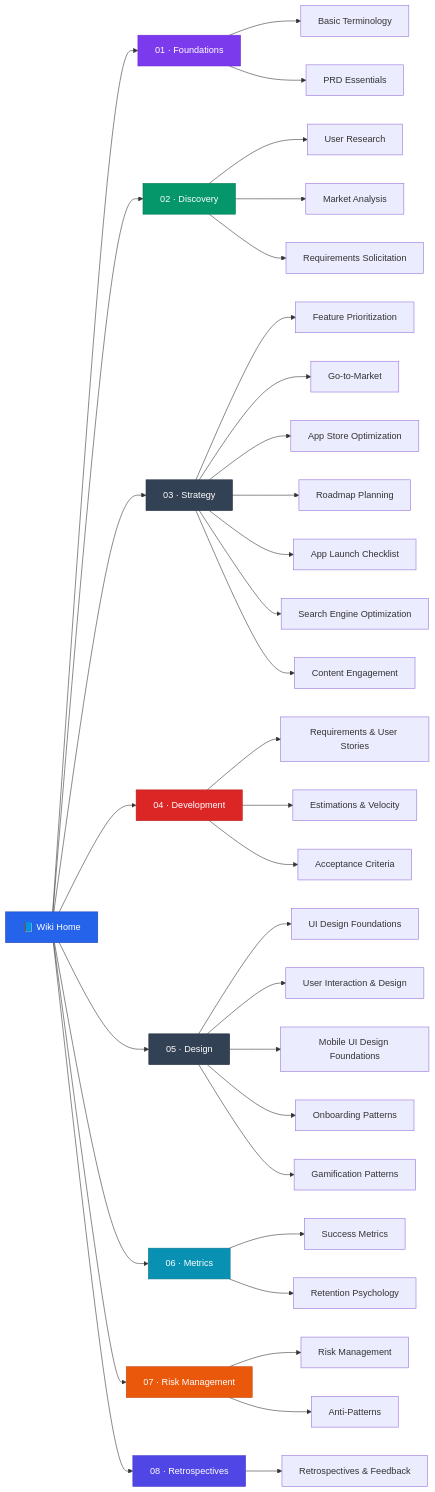
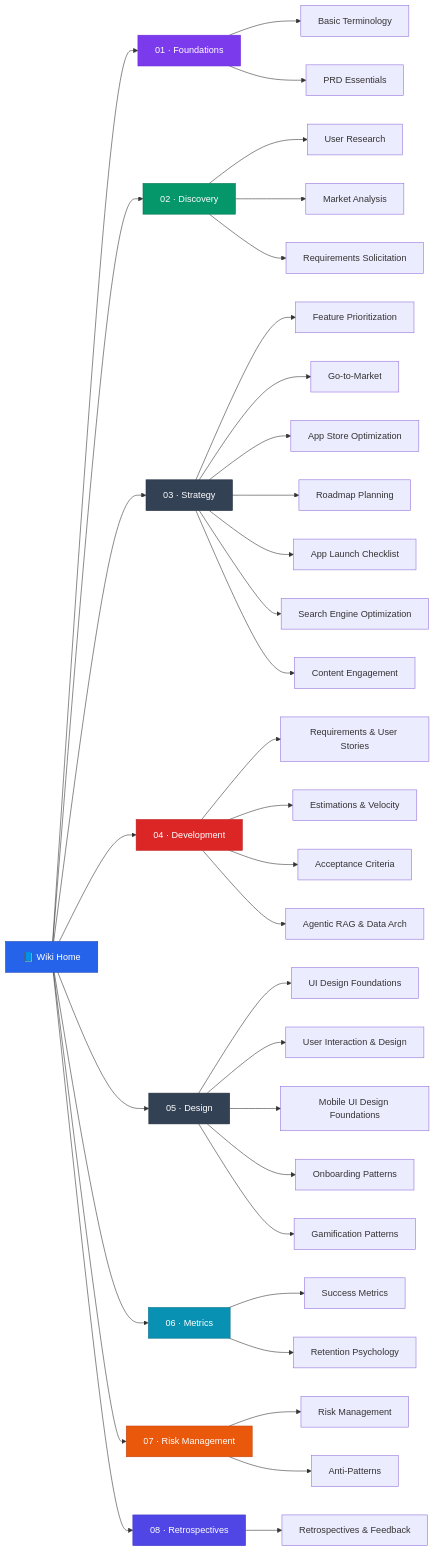
Before and after one commit to DimKouts84/product_management_development_wiki: the diagram in README.md, drawn with Mermaid. The commit also changed other lines of this file and 7 other files, not shown here.

````diff
--- a/README.md
+++ b/README.md
@@ -23,54 +23,55 @@
 ```mermaid
 graph LR
     HOME["📘 Wiki Home"] --> F["01 · Foundations"]
     HOME --> D["02 · Discovery"]
     HOME --> S["03 · Strategy"]
     HOME --> DEV["04 · Development"]
     HOME --> DES["05 · Design"]
     HOME --> M["06 · Metrics"]
     HOME --> R["07 · Risk Management"]
     HOME --> RET["08 · Retrospectives"]
 
     F --> F1["Basic Terminology"]
     F --> F2["PRD Essentials"]
 
     D --> D1["User Research"]
     D --> D2["Market Analysis"]
     D --> D3["Requirements Solicitation"]
 
     S --> S1["Feature Prioritization"]
     S --> S2["Go-to-Market"]
     S --> S3["App Store Optimization"]
     S --> S4["Roadmap Planning"]
     S --> S5["App Launch Checklist"]
     S --> S6["Search Engine Optimization"]
     S --> S7["Content Engagement"]
 
     DEV --> DEV1["Requirements & User Stories"]
     DEV --> DEV2["Estimations & Velocity"]
     DEV --> DEV3["Acceptance Criteria"]
+    DEV --> DEV4["Agentic RAG & Data Arch"]
 
     DES --> DES1["UI Design Foundations"]
     DES --> DES2["User Interaction & Design"]
     DES --> DES3["Mobile UI Design Foundations"]
     DES --> DES4["Onboarding Patterns"]
     DES --> DES5["Gamification Patterns"]
 
     M --> M1["Success Metrics"]
     M --> M2["Retention Psychology"]
 
     R --> R1["Risk Management"]
     R --> R2["Anti-Patterns"]
 
     RET --> RET1["Retrospectives & Feedback"]
 
     style HOME fill:#2563eb,stroke:#1e40af,color:#fff
     style F fill:#7c3aed,stroke:#6d28d9,color:#fff
     style D fill:#059669,stroke:#047857,color:#fff
     style S fill:#334155,stroke:#1e293b,color:#fff
     style DEV fill:#dc2626,stroke:#b91c1c,color:#fff
     style DES fill:#334155,stroke:#1e293b,color:#fff
     style M fill:#0891b2,stroke:#0e7490,color:#fff
     style R fill:#ea580c,stroke:#c2410c,color:#fff
     style RET fill:#4f46e5,stroke:#4338ca,color:#fff
 ```
````
